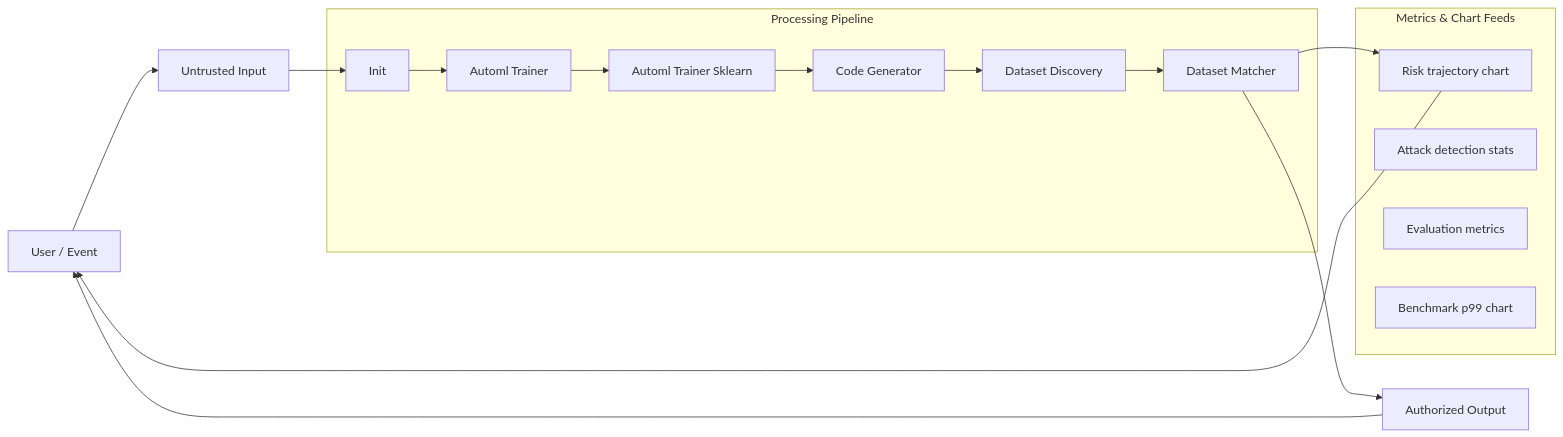
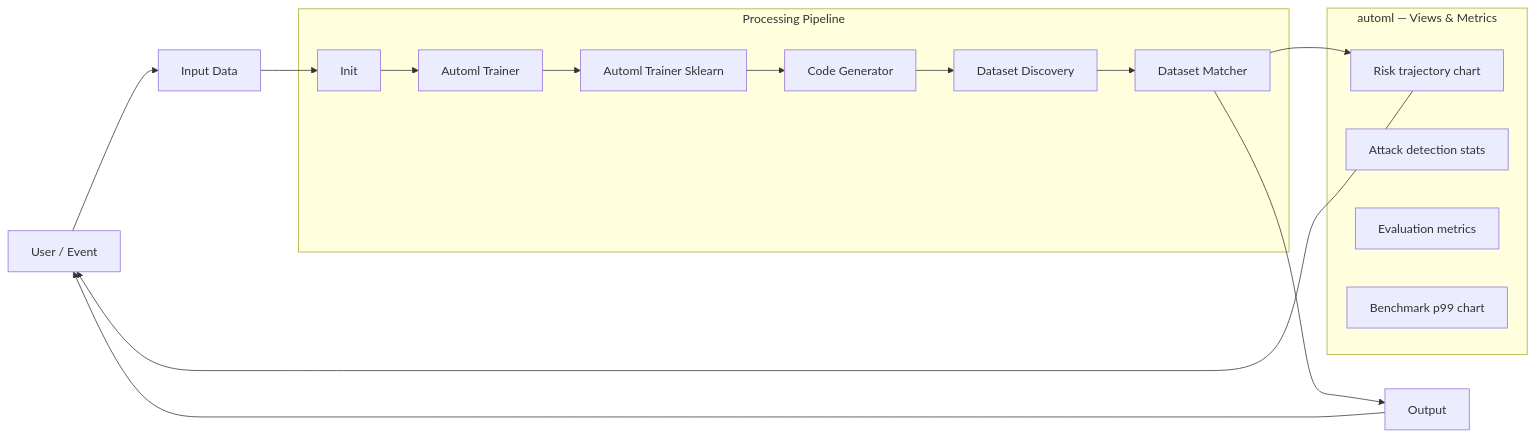
Before and after one commit to Punyamittal/automl: the second of 4 diagrams in README.md, drawn with Mermaid. The commit also changed other lines of this file, not shown here.

````diff
--- a/README.md
+++ b/README.md
@@ -170,31 +207,31 @@
 ```mermaid
 flowchart LR
-    U["User / Event"] --> IN["Untrusted Input"]
+    U["User / Event"] --> IN["Input Data"]
 
     subgraph Pipeline["Processing Pipeline"]
         p0["  Init  "]
         p1["Automl Trainer"]
         p2["Automl Trainer Sklearn"]
         p3["Code Generator"]
         p4["Dataset Discovery"]
         p5["Dataset Matcher"]
         p0 --> p1
         p1 --> p2
         p2 --> p3
         p3 --> p4
         p4 --> p5
     end
 
-    subgraph Metrics["Metrics & Chart Feeds"]
+    subgraph Metrics["automl — Views & Metrics"]
         risk_trajectory["Risk trajectory chart"]
         attack_stats["Attack detection stats"]
         eval_metrics["Evaluation metrics"]
         benchmark_p99["Benchmark p99 chart"]
     end
 
     IN --> p0
-    p5 --> OUT["Authorized Output"]
+    p5 --> OUT["Output"]
     OUT --> U
     p5 --> risk_trajectory
     risk_trajectory --> U
 ```
````
